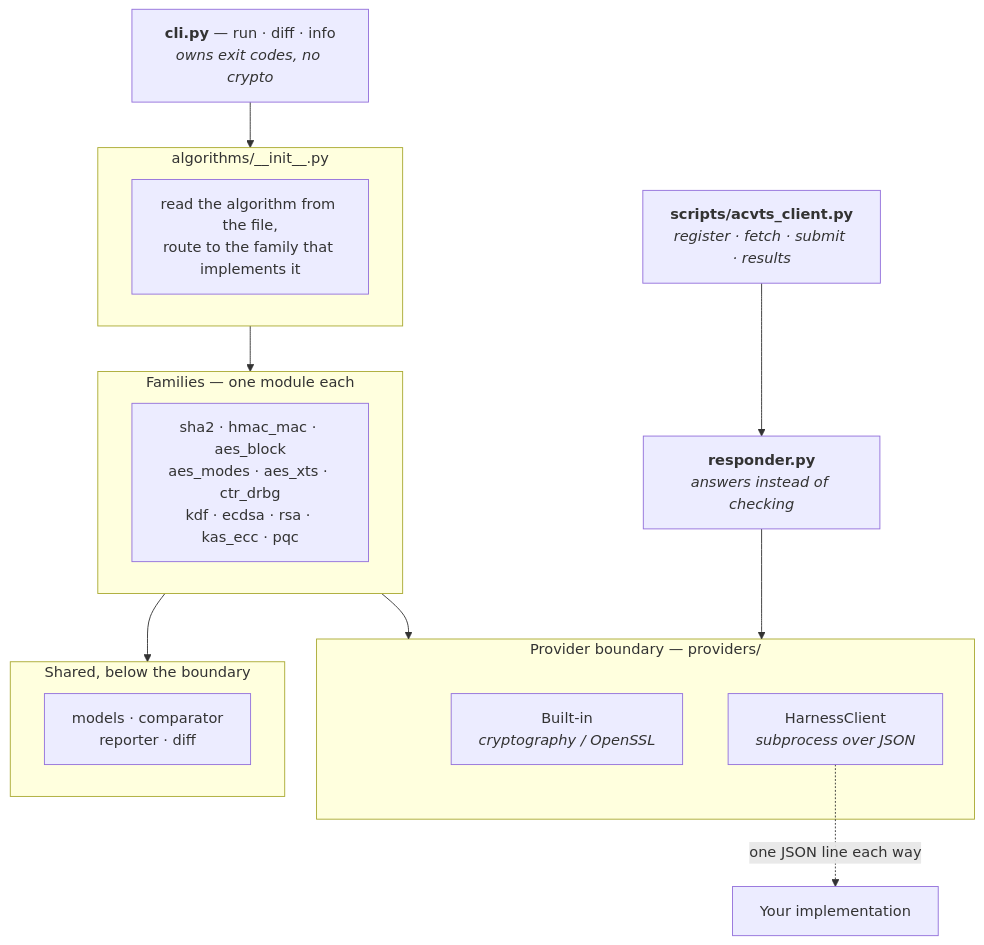
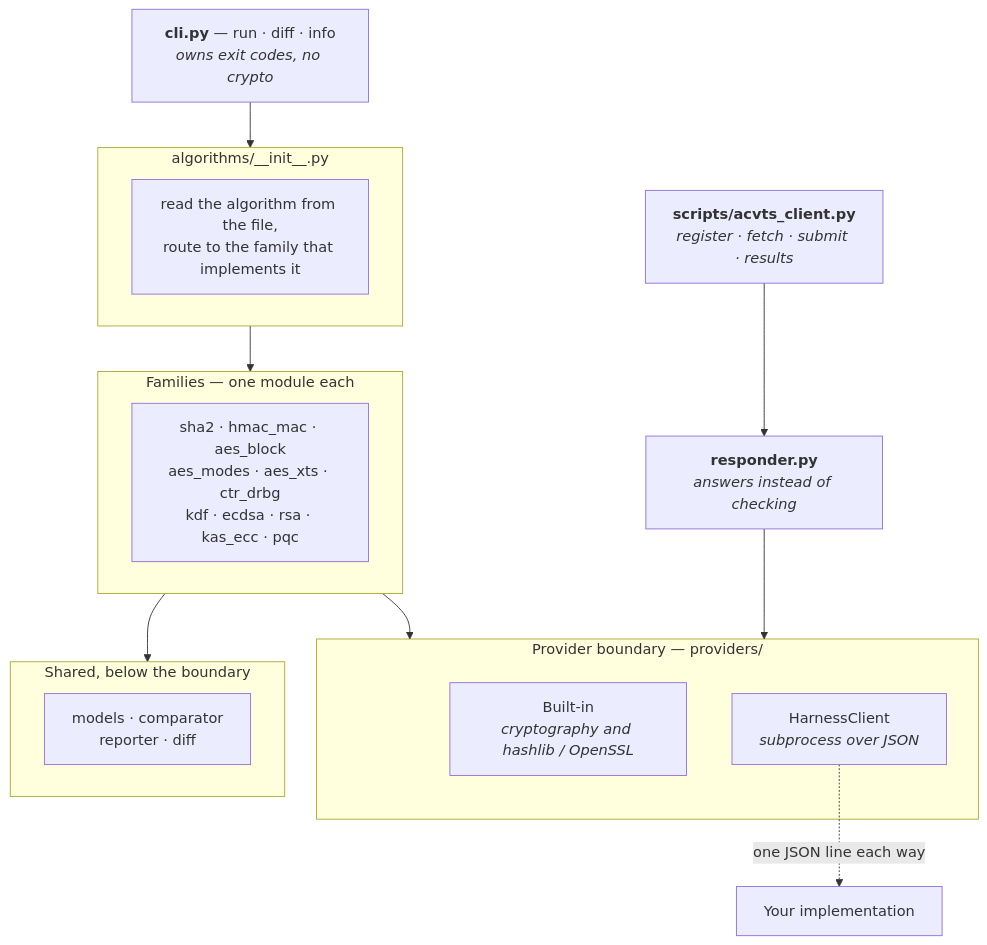
One commit to Govardhan527/acvp-assay changed the third of 9 diagrams in docs/design.md. Above: the diagram before and after it, drawn with Mermaid. The commit also changed other lines of this file and 8 other files, not shown here.

````diff
--- a/docs/design.md
+++ b/docs/design.md
@@ -89,29 +89,29 @@
 ```mermaid
 flowchart TB
     cli["<b>cli.py</b> — run · diff · info<br/><i>owns exit codes, no crypto</i>"]
 
     subgraph dispatch["algorithms/__init__.py"]
         d["read the algorithm from the file,<br/>route to the family that implements it"]
     end
 
     subgraph families["Families — one module each"]
         f1["sha2 · hmac_mac · aes_block<br/>aes_modes · aes_xts · ctr_drbg<br/>kdf · ecdsa · rsa · kas_ecc · pqc"]
     end
 
     subgraph boundary["Provider boundary — providers/"]
-        p1["Built-in<br/><i>cryptography / OpenSSL</i>"]
+        p1["Built-in<br/><i>cryptography and hashlib / OpenSSL</i>"]
         p2["HarnessClient<br/><i>subprocess over JSON</i>"]
     end
 
     subgraph shared["Shared, below the boundary"]
         s1["models · comparator<br/>reporter · diff"]
     end
 
     responder["<b>responder.py</b><br/><i>answers instead of checking</i>"]
     client["<b>scripts/acvts_client.py</b><br/><i>register · fetch · submit · results</i>"]
 
     cli --> dispatch --> families --> boundary
     families --> shared
     client --> responder --> boundary
     p2 -.->|"one JSON line each way"| ext["Your implementation"]
 ```
````
